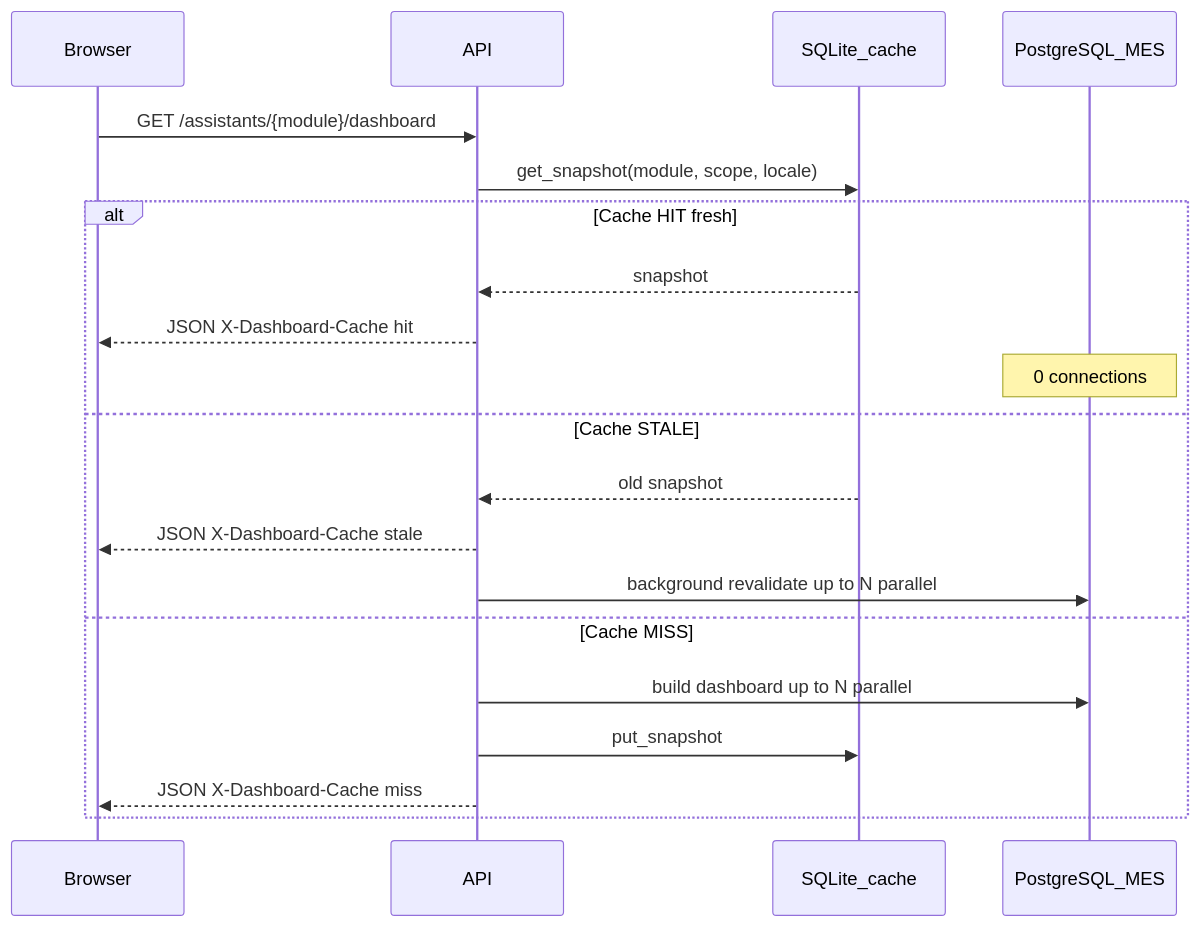
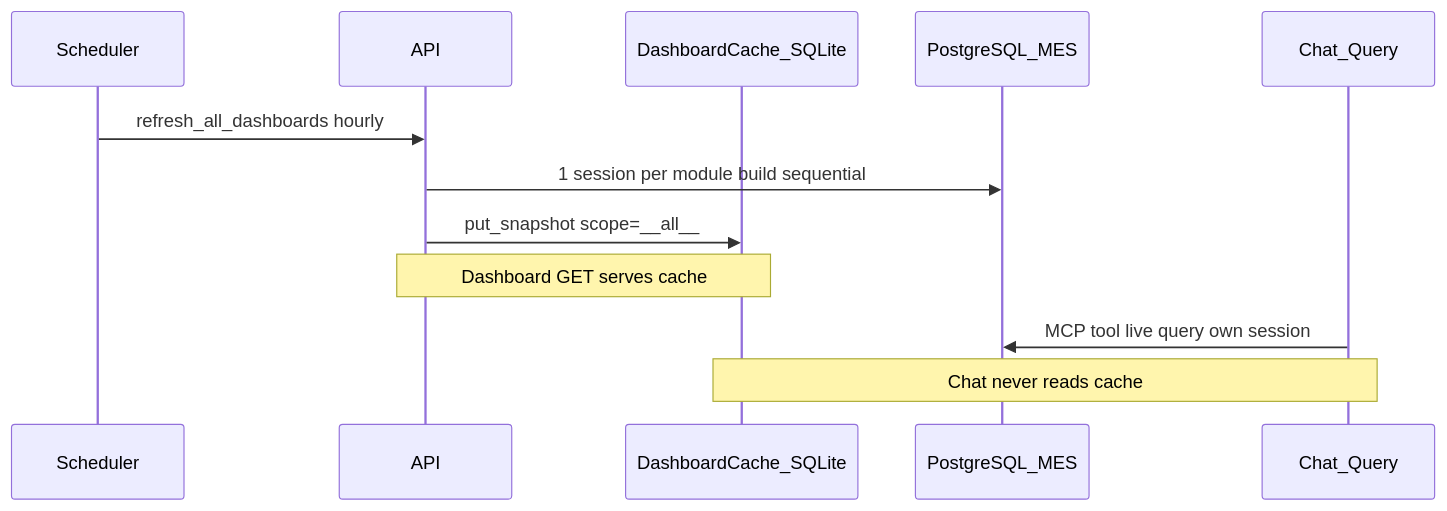
The diagram in docs/all-connections.md (Neutron-Ltd/aimes), drawn with Mermaid before and after one commit. The commit also changed other lines of this file and 21 other files, not shown here.

````diff
--- a/docs/all-connections.md
+++ b/docs/all-connections.md
@@ -151,24 +35,17 @@
 ```mermaid
 sequenceDiagram
-  participant Browser
+  participant Scheduler
   participant API
-  participant SQLite as SQLite_cache
+  participant SQLite as DashboardCache_SQLite
   participant PG as PostgreSQL_MES
+  participant Chat as Chat_Query
 
-  Browser->>API: GET /assistants/{module}/dashboard
-  API->>SQLite: get_snapshot(module, scope, locale)
+  Scheduler->>API: refresh_all_dashboards hourly
+  API->>PG: 1 session per module build sequential
+  API->>SQLite: put_snapshot scope=__all__
 
-  alt Cache HIT fresh
-    SQLite-->>API: snapshot
-    API-->>Browser: JSON X-Dashboard-Cache hit
-    Note over PG: 0 connections
-  else Cache STALE
-    SQLite-->>API: old snapshot
-    API-->>Browser: JSON X-Dashboard-Cache stale
-    API->>PG: background revalidate up to N parallel
-  else Cache MISS
-    API->>PG: build dashboard up to N parallel
-    API->>SQLite: put_snapshot
-    API-->>Browser: JSON X-Dashboard-Cache miss
-  end
+  Note over API,SQLite: Dashboard GET serves cache
+
+  Chat->>PG: MCP tool live query own session
+  Note over Chat,SQLite: Chat never reads cache
 ```
````
